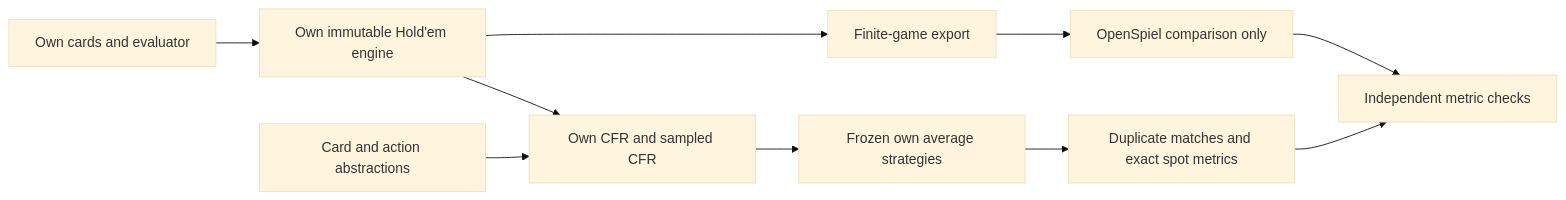
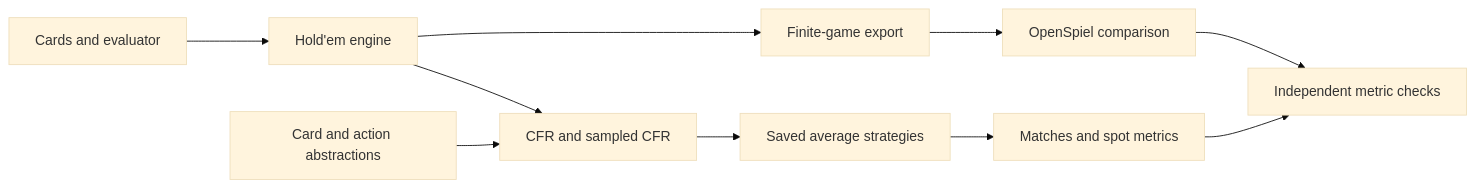
One commit to jimmy-sim/poker-ai changed the diagram in README.md. Above: the diagram before and after it, drawn with Mermaid (base theme). The commit also changed other lines of this file and 4 other files, not shown here.

````diff
--- a/README.md
+++ b/README.md
@@ -28,12 +41,12 @@
 ```mermaid
 flowchart LR
-    Cards[Own cards and evaluator] --> Engine[Own immutable Hold'em engine]
-    Engine --> Training[Own CFR and sampled CFR]
+    Cards[Cards and evaluator] --> Engine[Hold'em engine]
+    Engine --> Training[CFR and sampled CFR]
     Abstraction[Card and action abstractions] --> Training
-    Training --> Checkpoint[Frozen own average strategies]
-    Checkpoint --> Evaluation[Duplicate matches and exact spot metrics]
+    Training --> Checkpoint[Saved average strategies]
+    Checkpoint --> Evaluation[Matches and spot metrics]
     Engine --> Export[Finite-game export]
-    Export --> Reference[OpenSpiel comparison only]
+    Export --> Reference[OpenSpiel comparison]
     Reference --> Audit[Independent metric checks]
     Evaluation --> Audit
 ```
````
